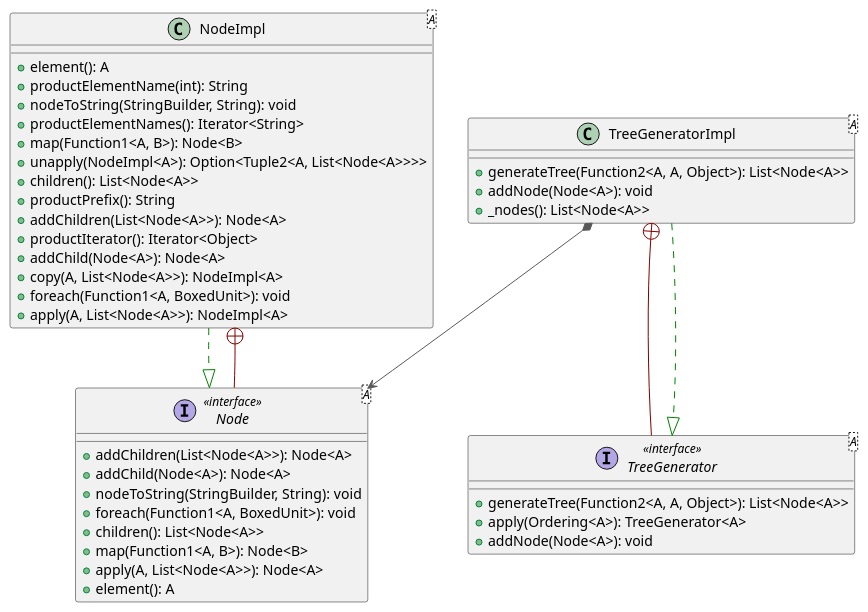
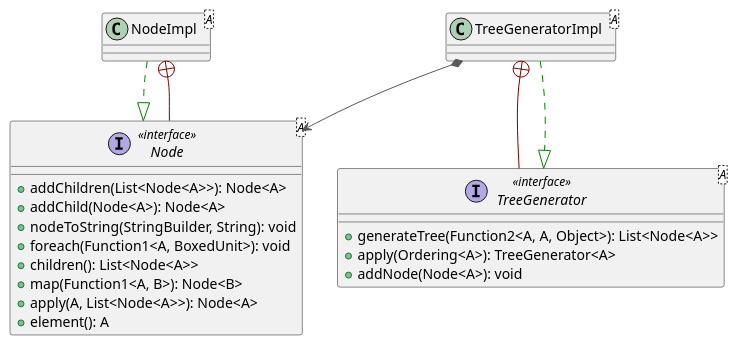
One commit to FilippoVissani/assignment-02 changed the diagram in project/src/main/uml/TreeAlgorithm.plantuml. Above: the diagram before and after it, drawn with PlantUML. The commit also changed 4 other files, not shown here.

Commit message:
Better UML. Added useful scripts.

```diff
--- a/project/src/main/uml/TreeAlgorithm.plantuml
+++ b/project/src/main/uml/TreeAlgorithm.plantuml
@@ -1,45 +1,26 @@
 @startuml
 
 interface Node<A> << interface >> {
   + addChildren(List<Node<A>>): Node<A>
   + addChild(Node<A>): Node<A>
   + nodeToString(StringBuilder, String): void
   + foreach(Function1<A, BoxedUnit>): void
   + children(): List<Node<A>>
   + map(Function1<A, B>): Node<B>
   + apply(A, List<Node<A>>): Node<A>
   + element(): A
 }
-class NodeImpl<A> {
-  + element(): A
-  + productElementName(int): String
-  + nodeToString(StringBuilder, String): void
-  + productElementNames(): Iterator<String>
-  + map(Function1<A, B>): Node<B>
-  + unapply(NodeImpl<A>): Option<Tuple2<A, List<Node<A>>>>
-  + children(): List<Node<A>>
-  + productPrefix(): String
-  + addChildren(List<Node<A>>): Node<A>
-  + productIterator(): Iterator<Object>
-  + addChild(Node<A>): Node<A>
-  + copy(A, List<Node<A>>): NodeImpl<A>
-  + foreach(Function1<A, BoxedUnit>): void
-  + apply(A, List<Node<A>>): NodeImpl<A>
-}
+class NodeImpl<A>
 interface TreeGenerator<A> << interface >> {
   + generateTree(Function2<A, A, Object>): List<Node<A>>
   + apply(Ordering<A>): TreeGenerator<A>
   + addNode(Node<A>): void
 }
-class TreeGeneratorImpl<A> {
-  + generateTree(Function2<A, A, Object>): List<Node<A>>
-  + addNode(Node<A>): void
-  + _nodes(): List<Node<A>>
-}
+class TreeGeneratorImpl<A>
 
 NodeImpl           -[#008200,dashed]-^  Node              
 NodeImpl           +-[#820000,plain]-  Node
 TreeGeneratorImpl  +-[#820000,plain]-  TreeGenerator     
 TreeGeneratorImpl  -[#008200,dashed]-^  TreeGenerator     
 TreeGeneratorImpl *-[#595959,plain]-> Node
 @enduml
```
